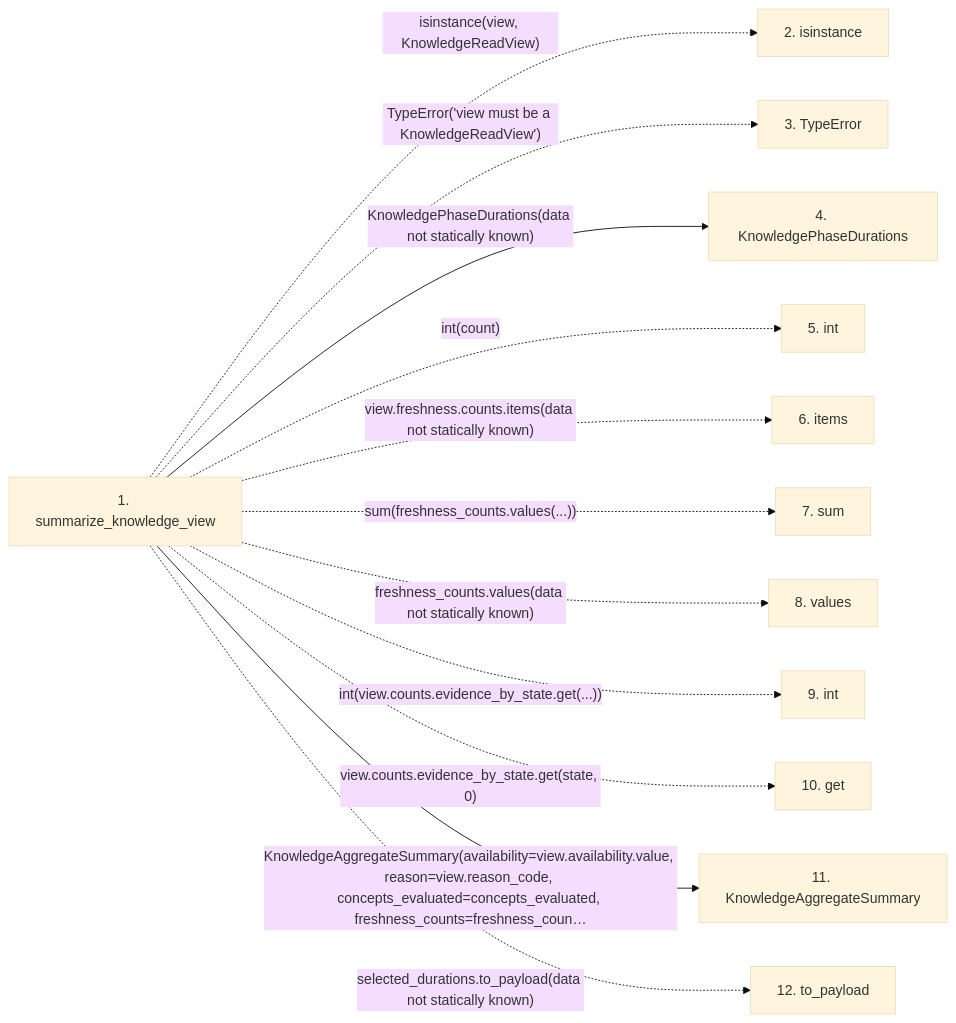
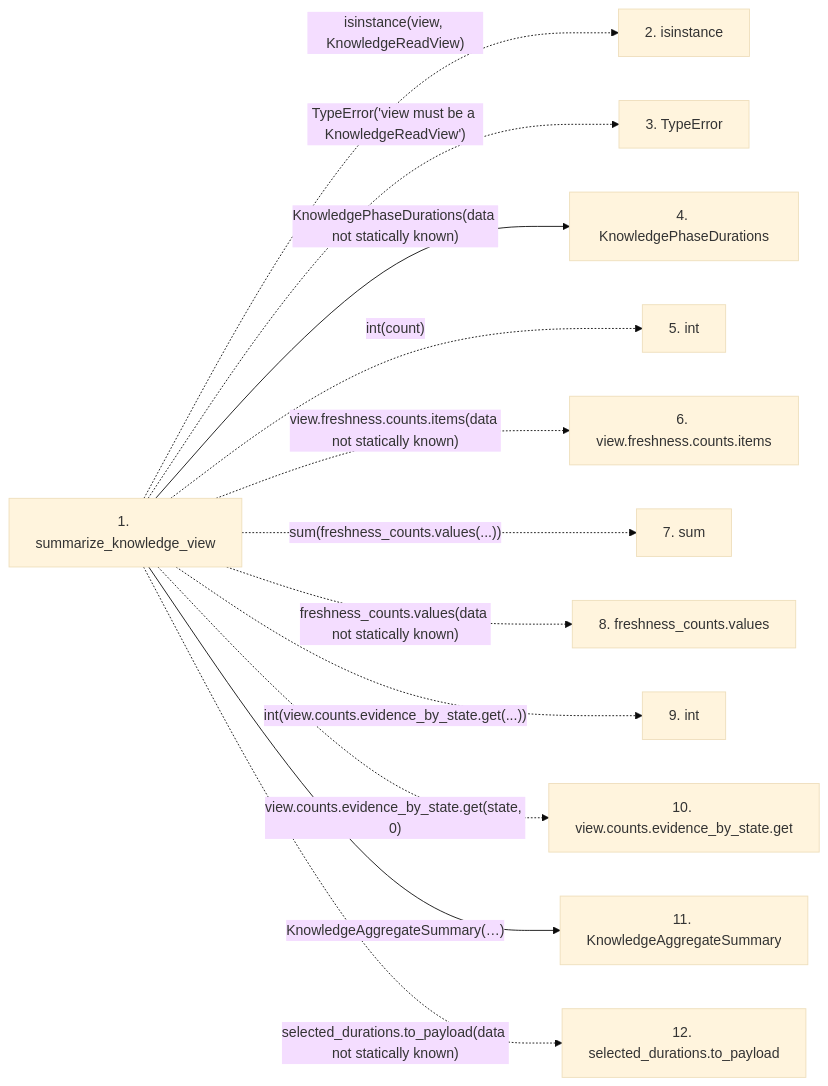
Before and after one commit to Denissvgn/python-wiki-llm: the second of 2 diagrams in docs/llm_wiki/flows/api-summarize_knowledge_view.md, drawn with Mermaid (base theme). The commit also changed other lines of this file and 719 other files, not shown here.

````diff
--- a/docs/llm_wiki/flows/api-summarize_knowledge_view.md
+++ b/docs/llm_wiki/flows/api-summarize_knowledge_view.md
@@ -39,29 +39,29 @@
 ```mermaid
 flowchart LR
     s1["1. summarize_knowledge_view"]
     s2["2. isinstance"]
     s3["3. TypeError"]
     s4["4. KnowledgePhaseDurations"]
     s5["5. int"]
-    s6["6. items"]
+    s6["6. view.freshness.counts.items"]
     s7["7. sum"]
-    s8["8. values"]
+    s8["8. freshness_counts.values"]
     s9["9. int"]
-    s10["10. get"]
+    s10["10. view.counts.evidence_by_state.get"]
     s11["11. KnowledgeAggregateSummary"]
-    s12["12. to_payload"]
+    s12["12. selected_durations.to_payload"]
     s1 -. "isinstance(view, KnowledgeReadView)" .-> s2
     s1 -. "TypeError('view must be a KnowledgeReadView')" .-> s3
     s1 -->|"KnowledgePhaseDurations(data not statically known)"| s4
     s1 -. "int(count)" .-> s5
     s1 -. "view.freshness.counts.items(data not statically known)" .-> s6
     s1 -. "sum(freshness_counts.values(...))" .-> s7
     s1 -. "freshness_counts.values(data not statically known)" .-> s8
     s1 -. "int(view.counts.evidence_by_state.get(...))" .-> s9
     s1 -. "view.counts.evidence_by_state.get(state, 0)" .-> s10
-    s1 -->|"KnowledgeAggregateSummary(availability=view.availability.value, reason=view.reason_code, concepts_evaluated=concepts_evaluated, freshness_counts=freshness_coun…"| s11
+    s1 -->|"KnowledgeAggregateSummary(…)"| s11
     s1 -. "selected_durations.to_payload(data not statically known)" .-> s12
     click s1 "../modules/knowledge_observability.md"
     click s4 "../modules/knowledge_observability.md"
     click s11 "../modules/knowledge_observability.md"
 ```
````
